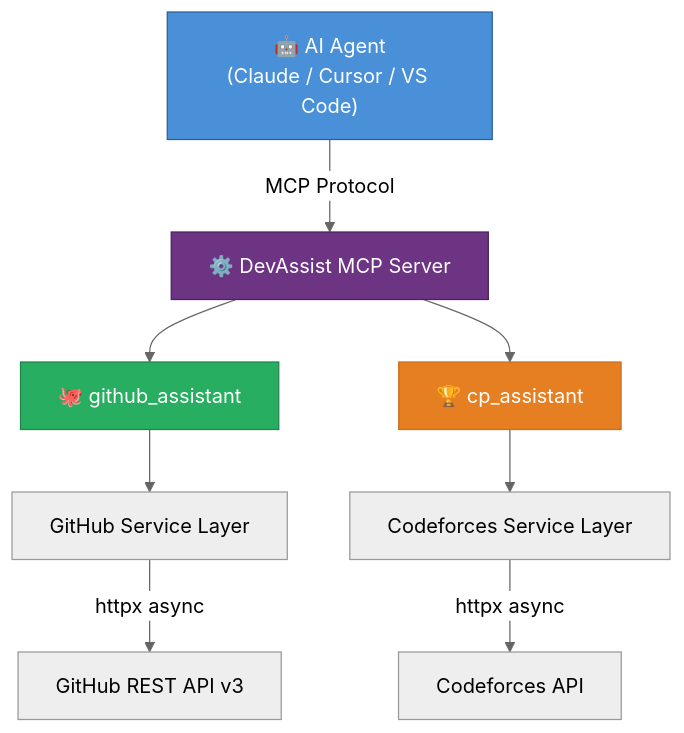
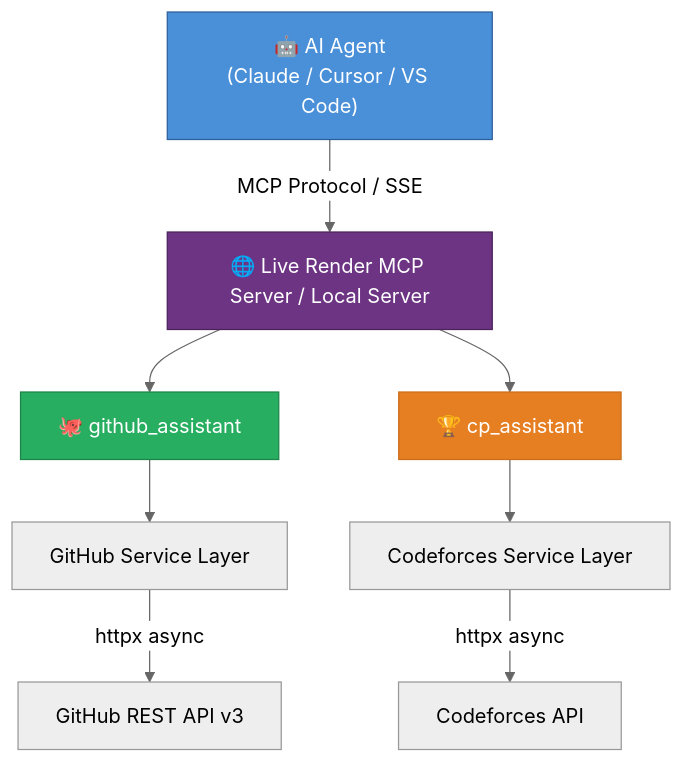
Before and after one commit to Champion-2006/DevAssist-MCP-Server: the diagram in README.md, drawn with Mermaid (neutral theme). The commit also changed other lines of this file, not shown here.

Commit message:
docs: update README with Render deployment details and claude_desktop_config instructions

````diff
--- a/README.md
+++ b/README.md
@@ -31,15 +41,15 @@
 ```mermaid
 graph TD
-    A["🤖 AI Agent<br/>(Claude / Cursor / VS Code)"] -->|MCP Protocol| B["⚙️ DevAssist MCP Server"]
+    A["🤖 AI Agent<br/>(Claude / Cursor / VS Code)"] -->|MCP Protocol / SSE| B["🌐 Live Render MCP Server / Local Server"]
     B --> C["🐙 github_assistant"]
     B --> D["🏆 cp_assistant"]
     C --> E["GitHub Service Layer"]
     D --> F["Codeforces Service Layer"]
     E -->|httpx async| G["GitHub REST API v3"]
     F -->|httpx async| H["Codeforces API"]
     
     style A fill:#4A90D9,stroke:#2C5F99,color:#fff
     style B fill:#6C3483,stroke:#4A235A,color:#fff
     style C fill:#27AE60,stroke:#1E8449,color:#fff
     style D fill:#E67E22,stroke:#CA6F1E,color:#fff
 ```
````
